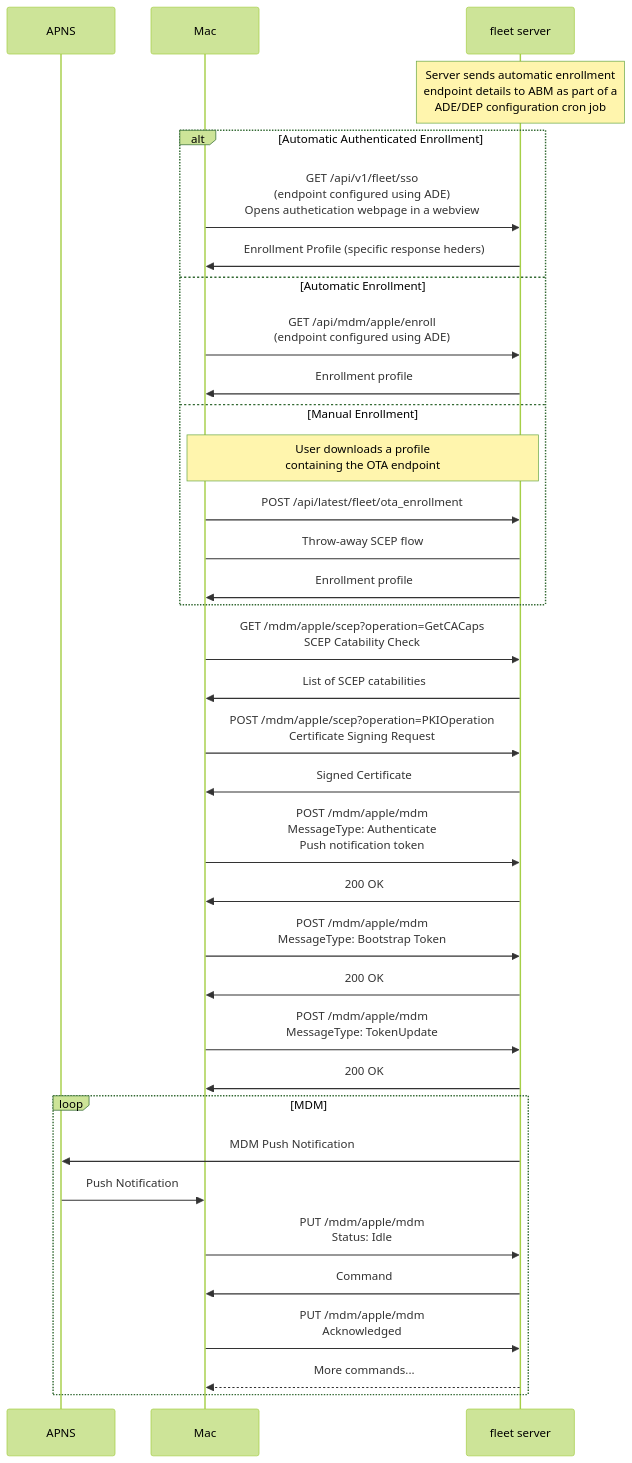
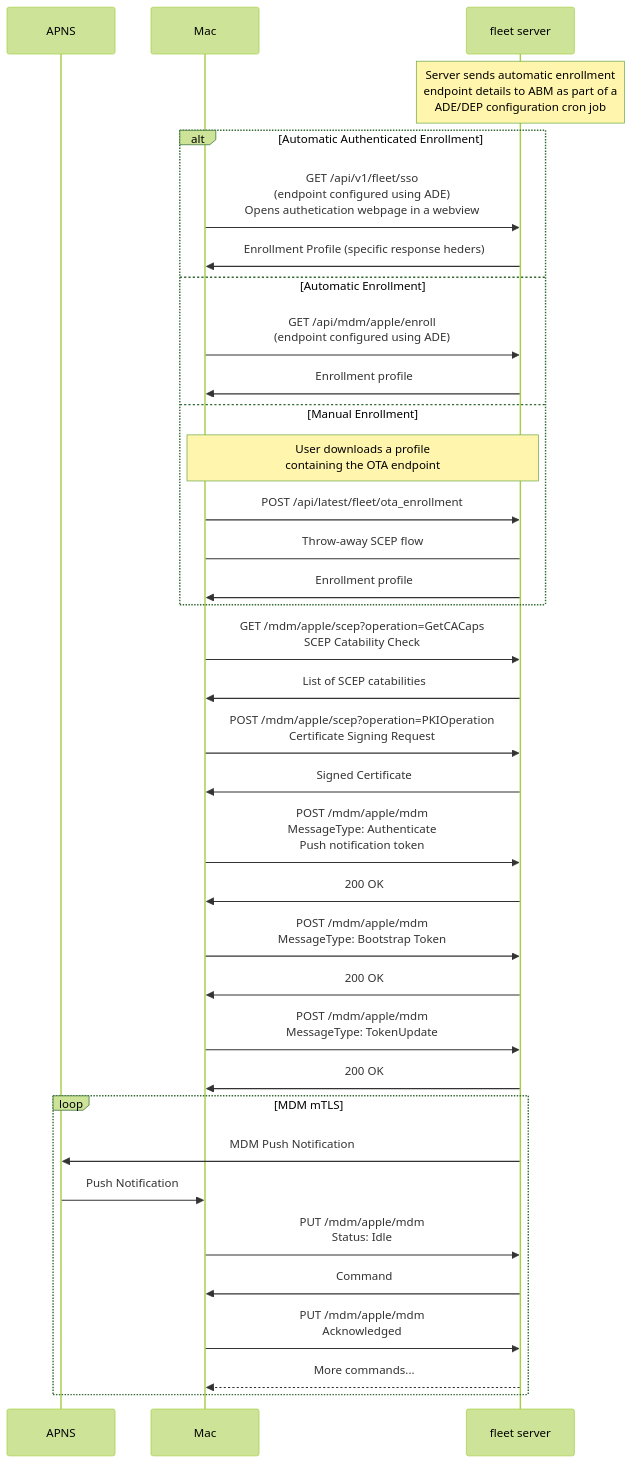
One commit to fleetdm/fleet changed the diagram in tools/mdm/apple/glossary-and-protocols.md. Above: the diagram before and after it, drawn with Mermaid (forest theme).

Commit message:
Add mTLS

````diff
--- a/tools/mdm/apple/glossary-and-protocols.md
+++ b/tools/mdm/apple/glossary-and-protocols.md
@@ -3,44 +3,44 @@
 ```mermaid
 sequenceDiagram
     participant apns as APNS
     participant mac as Mac
     participant server as fleet server
 
     note over server: Server sends automatic enrollment<br/>endpoint details to ABM as part of a<br/>ADE/DEP configuration cron job
     alt Automatic Authenticated Enrollment
         mac->>server: GET /api/v1/fleet/sso<br/>(endpoint configured using ADE)<br/>Opens authetication webpage in a webview
         server->>mac: Enrollment Profile (specific response heders)
     else Automatic Enrollment
         mac->>server: GET /api/mdm/apple/enroll<br/>(endpoint configured using ADE)
         server->>mac: Enrollment profile
     else Manual Enrollment
         note over mac,server: User downloads a profile<br/>containing the OTA endpoint
         mac->>server: POST /api/latest/fleet/ota_enrollment
         mac->server: Throw-away SCEP flow
         server->>mac: Enrollment profile
     end
 
     mac->>server: GET /mdm/apple/scep?operation=GetCACaps<br/>SCEP Catability Check
     server->>mac: List of SCEP catabilities
 
     mac->>server: POST /mdm/apple/scep?operation=PKIOperation<br/>Certificate Signing Request
     server->>mac: Signed Certificate
 
     mac->>server: POST /mdm/apple/mdm<br/>MessageType: Authenticate<br/>Push notification token
     server->>mac: 200 OK
 
     mac->>server: POST /mdm/apple/mdm<br/>MessageType: Bootstrap Token
     server->>mac: 200 OK
 
     mac->>server: POST /mdm/apple/mdm<br/>MessageType: TokenUpdate
     server->>mac: 200 OK
 
-    loop MDM
+    loop MDM mTLS
         server->>apns: MDM Push Notification
         apns->>mac: Push Notification
         mac->>server: PUT /mdm/apple/mdm<br/>Status: Idle
         server->>mac: Command
         mac->>server: PUT /mdm/apple/mdm<br/>Acknowledged
         server-->>mac: More commands...
     end
 ```
````
